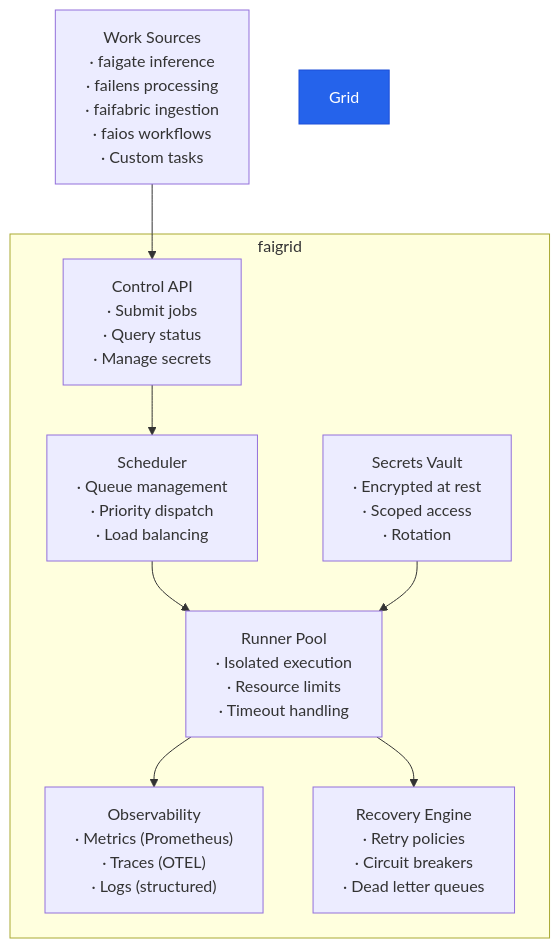
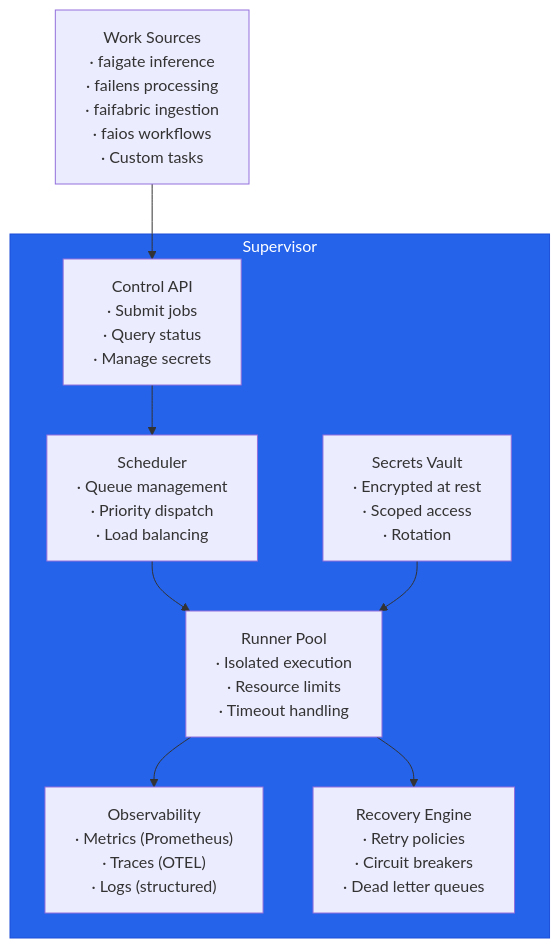
The first of 3 diagrams in docs/products/grid/index.md (fusionAIze/fusionaize-docs), drawn with Mermaid before and after one commit. The commit also changed other lines of this file, not shown here.

Commit message:
docs(grid): name the Supervisor as the service presenting the execution components
The grid product diagram drew Scheduler, Runner Pool, Secrets Vault,
Observability, Recovery Engine and Control API inside a subgraph with no name
for what contains them. Operator decision D5 of the veeona go-live round adopts
Supervisor as that name: the service that presents Scheduler, Runner Pool and
Recovery Engine through the Control API, already defined in
docs/architecture/glossary.md.

Label the subgraph Supervisor and point the page at the glossary rather than
restating the term. The style rule referenced a non-existent id Grid, so it is
retargeted at the subgraph it always meant to colour.

````diff
--- a/docs/products/grid/index.md
+++ b/docs/products/grid/index.md
@@ -11,43 +13,43 @@
 ```mermaid
 graph TB
-    subgraph "faigrid"
+    subgraph Supervisor["Supervisor"]
         Scheduler["Scheduler
         · Queue management
         · Priority dispatch
         · Load balancing"]
         Runner["Runner Pool
         · Isolated execution
         · Resource limits
         · Timeout handling"]
         Secrets["Secrets Vault
         · Encrypted at rest
         · Scoped access
         · Rotation"]
         Observe["Observability
         · Metrics (Prometheus)
         · Traces (OTEL)
         · Logs (structured)"]
         Recovery["Recovery Engine
         · Retry policies
         · Circuit breakers
         · Dead letter queues"]
         API["Control API
         · Submit jobs
         · Query status
         · Manage secrets"]
     end
 
     Work["Work Sources
     · faigate inference
     · failens processing
     · faifabric ingestion
     · faios workflows
     · Custom tasks"]
 
     Work --> API --> Scheduler --> Runner
     Secrets --> Runner
     Runner --> Observe
     Runner --> Recovery
 
-    style Grid fill:#2563eb,color:#fff,stroke:#1d4ed8
+    style Supervisor fill:#2563eb,color:#fff,stroke:#1d4ed8
 ```
````
